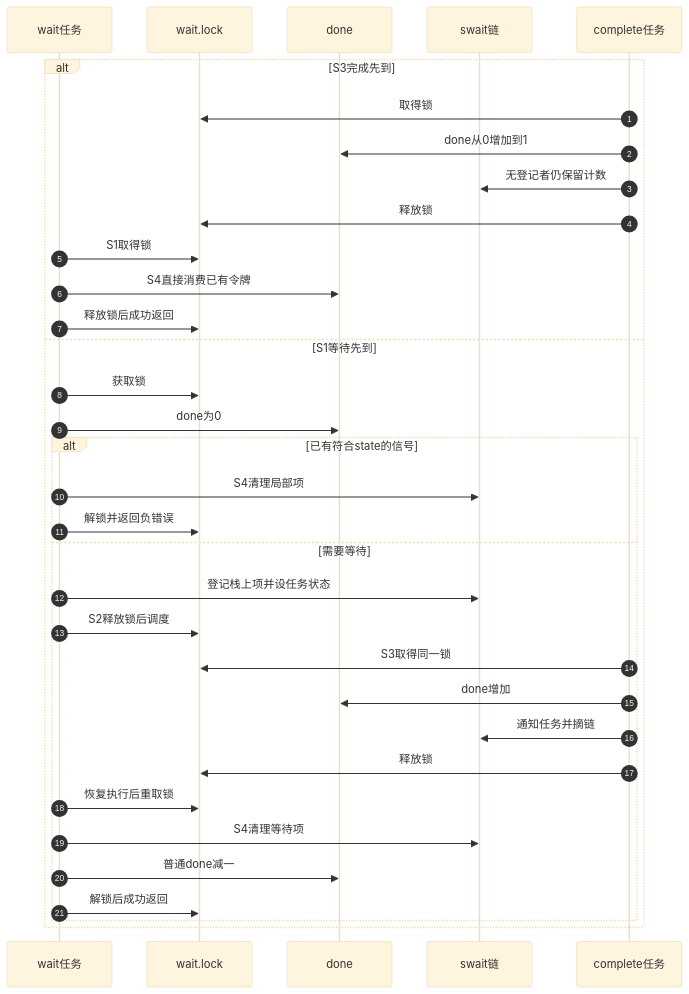
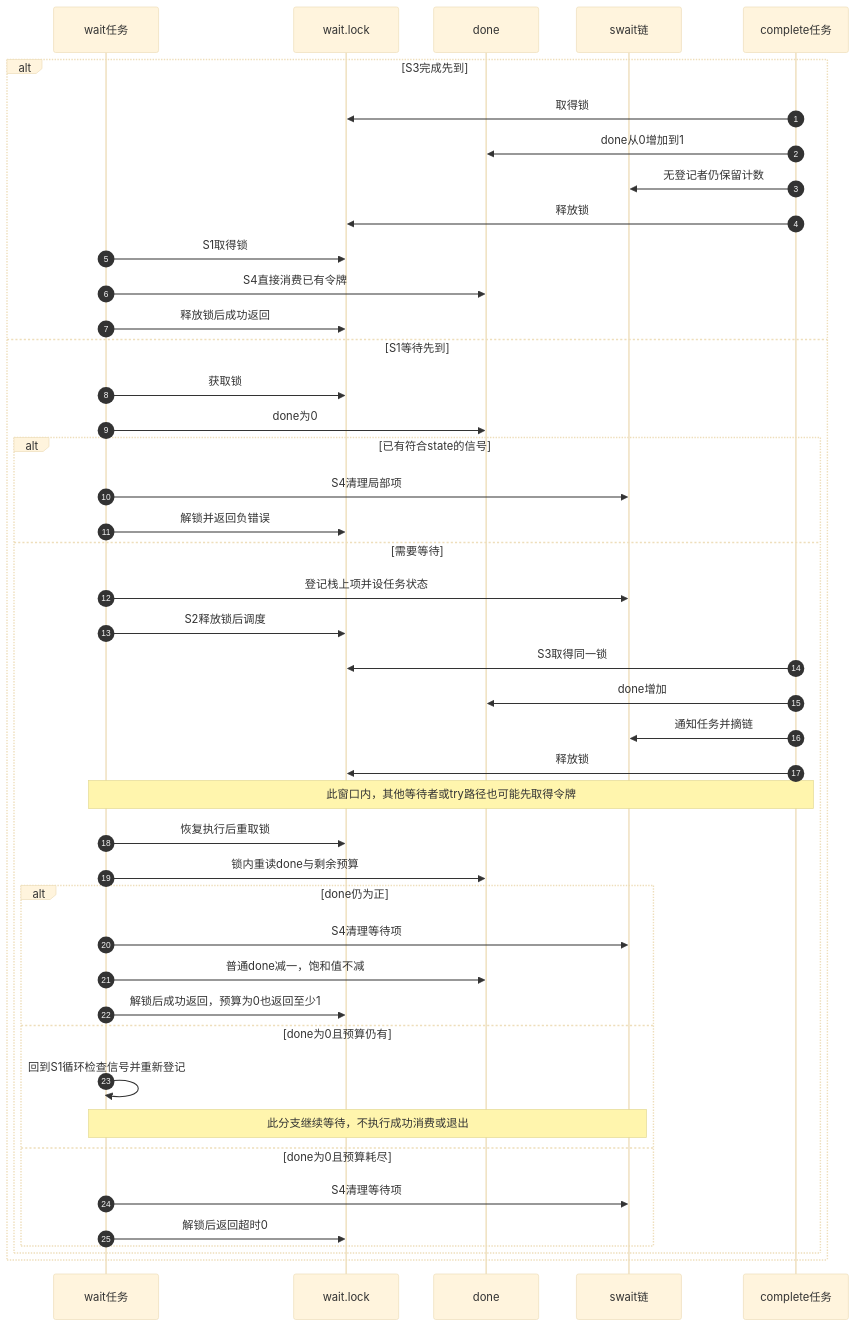
Before and after one commit to FormingSystem/linux_note: the second of 2 diagrams in research/source_reading/waiting_notification/navigation/P03_Linux_6.12_completion模块源码概念导读.md, drawn with Mermaid (base theme). The commit also changed other lines of this file and 5 other files, not shown here.

````diff
--- a/research/source_reading/waiting_notification/navigation/P03_Linux_6.12_completion模块源码概念导读.md
+++ b/research/source_reading/waiting_notification/navigation/P03_Linux_6.12_completion模块源码概念导读.md
@@ -65,37 +68,47 @@
 ```mermaid
 sequenceDiagram
     autonumber
     participant W as wait任务
     participant L as wait.lock
     participant D as done
     participant Q as swait链
     participant P as complete任务
 
     alt S3完成先到
         P->>L: 取得锁
         P->>D: done从0增加到1
         P->>Q: 无登记者仍保留计数
         P->>L: 释放锁
         W->>L: S1取得锁
         W->>D: S4直接消费已有令牌
         W->>L: 释放锁后成功返回
     else S1等待先到
         W->>L: 获取锁
         W->>D: done为0
         alt 已有符合state的信号
             W->>Q: S4清理局部项
             W->>L: 解锁并返回负错误
         else 需要等待
             W->>Q: 登记栈上项并设任务状态
             W->>L: S2释放锁后调度
             P->>L: S3取得同一锁
             P->>D: done增加
             P->>Q: 通知任务并摘链
             P->>L: 释放锁
+            Note over W,P: 此窗口内，其他等待者或try路径也可能先取得令牌
             W->>L: 恢复执行后重取锁
-            W->>Q: S4清理等待项
-            W->>D: 普通done减一
-            W->>L: 解锁后成功返回
+            W->>D: 锁内重读done与剩余预算
+            alt done仍为正
+                W->>Q: S4清理等待项
+                W->>D: 普通done减一，饱和值不减
+                W->>L: 解锁后成功返回，预算为0也返回至少1
+            else done为0且预算仍有
+                W->>W: 回到S1循环检查信号并重新登记
+                Note over W,Q: 此分支继续等待，不执行成功消费或退出
+            else done为0且预算耗尽
+                W->>Q: S4清理等待项
+                W->>L: 解锁后返回超时0
+            end
         end
     end
 ```
````
